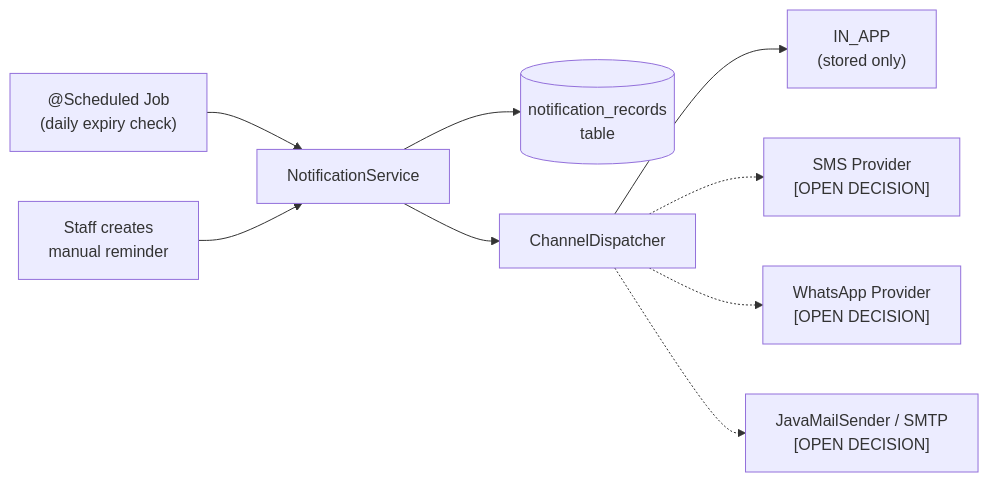
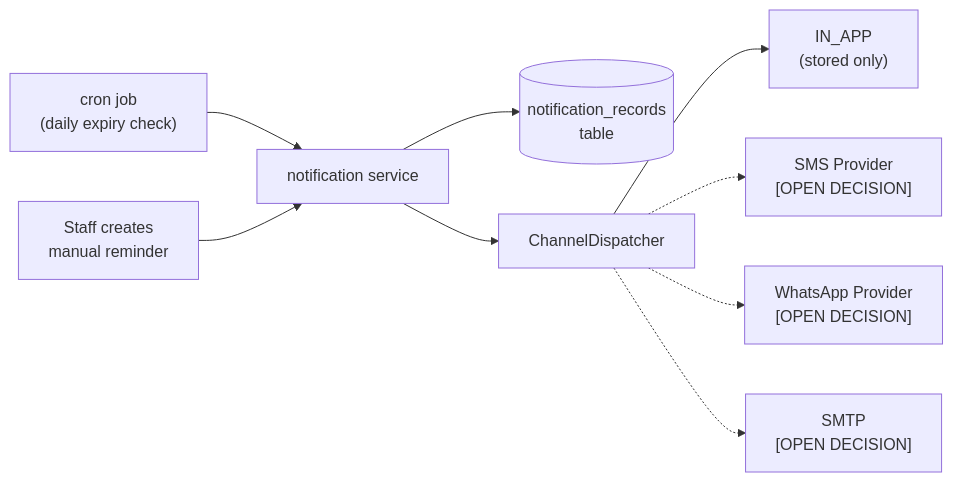
One commit to sidpd51/gym-app changed the fifth of 5 diagrams in backend/docs/02-system-architecture.md. Above: the diagram before and after it, drawn with Mermaid. The commit also changed other lines of this file and 5 other files, not shown here.

Commit message:
Migrate backend architecture documentation from Java/Spring Boot to Go

````diff
--- a/backend/docs/02-system-architecture.md
+++ b/backend/docs/02-system-architecture.md
@@ -297,11 +313,11 @@
 ```mermaid
 flowchart LR
-    Job["@Scheduled Job\n(daily expiry check)"] --> NS["NotificationService"]
+    Job["cron job\n(daily expiry check)"] --> NS["notification service"]
     UserAction["Staff creates\nmanual reminder"] --> NS
     NS --> DB[("notification_records\ntable")]
     NS --> Dispatcher["ChannelDispatcher"]
     Dispatcher --> InApp["IN_APP\n(stored only)"]
     Dispatcher -.-> SMS["SMS Provider\n[OPEN DECISION]"]
     Dispatcher -.-> WA["WhatsApp Provider\n[OPEN DECISION]"]
-    Dispatcher -.-> Email["JavaMailSender / SMTP\n[OPEN DECISION]"]
+    Dispatcher -.-> Email["SMTP\n[OPEN DECISION]"]
 ```
````
